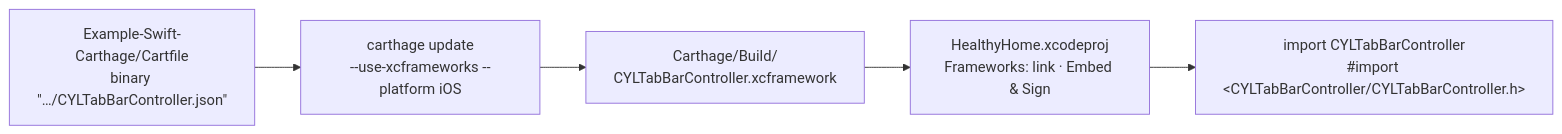
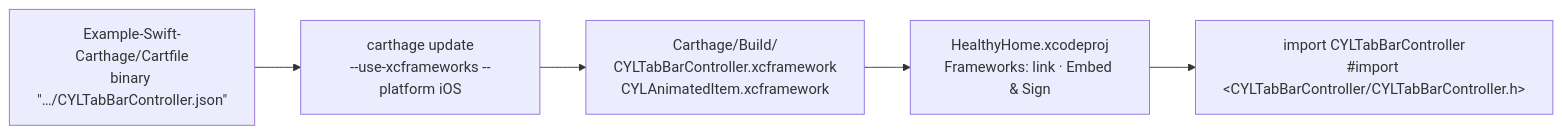
Before and after one commit to ChenYilong/CYLTabBarController: the diagram in docs/Carthage-Example.md, drawn with Mermaid. The commit also changed other lines of this file and 12 other files, not shown here.

````diff
--- a/docs/Carthage-Example.md
+++ b/docs/Carthage-Example.md
@@ -18,7 +18,7 @@
 ```mermaid
 flowchart LR
     A["Example-Swift-Carthage/Cartfile<br/>binary &quot;…/CYLTabBarController.json&quot;"] --> B["carthage update<br/>--use-xcframeworks --platform iOS"]
-    B --> C["Carthage/Build/<br/>CYLTabBarController.xcframework"]
+    B --> C["Carthage/Build/<br/>CYLTabBarController.xcframework<br/>CYLAnimatedItem.xcframework"]
     C --> D["HealthyHome.xcodeproj<br/>Frameworks: link · Embed &amp; Sign"]
     D --> E["import CYLTabBarController<br/>#import &lt;CYLTabBarController/CYLTabBarController.h&gt;"]
 ```
````
